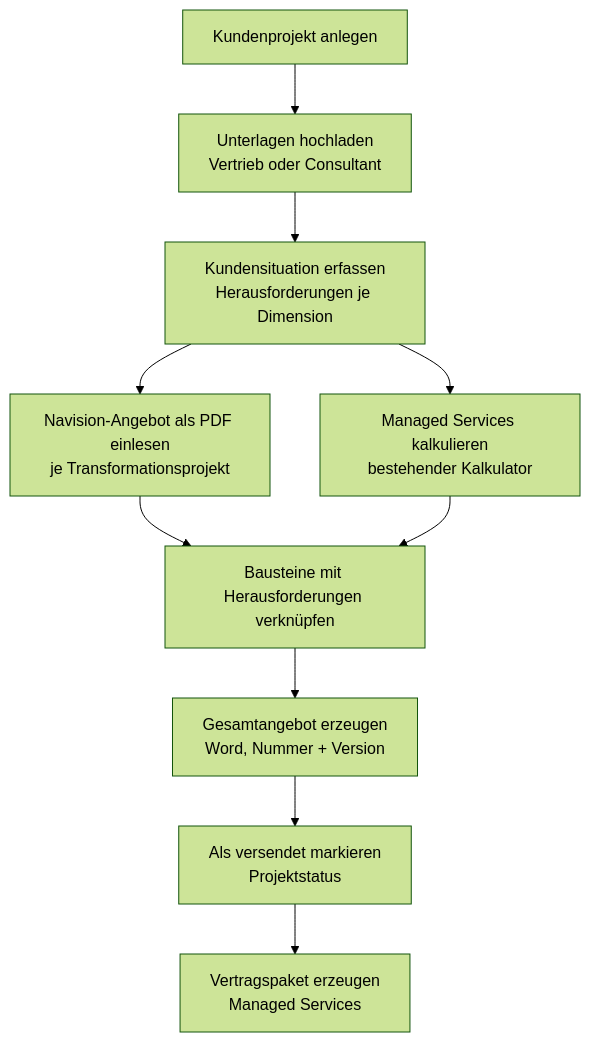
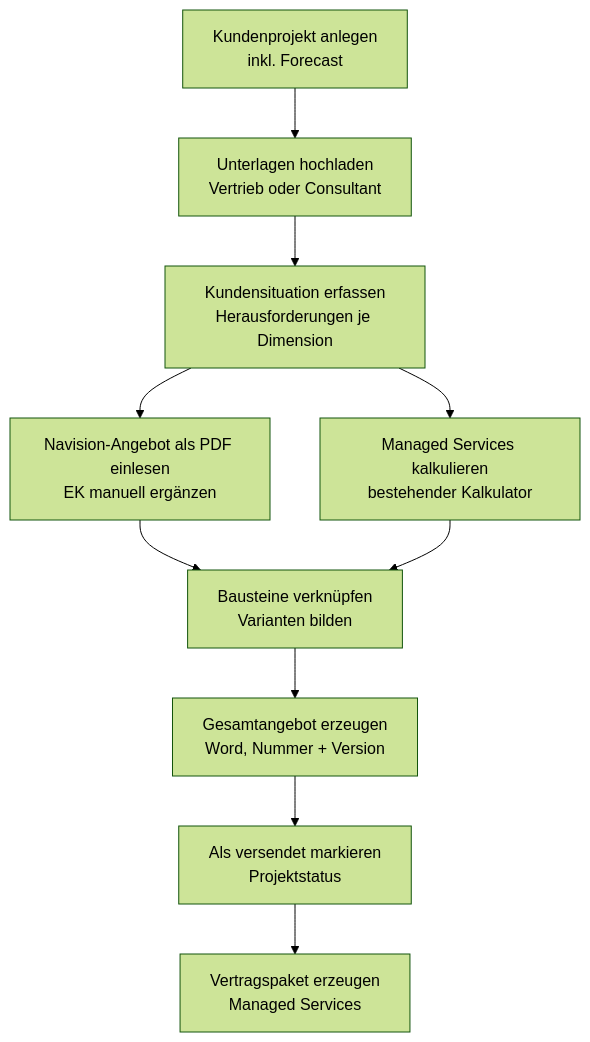
One commit to darntjen/kalkulator_web changed the third of 3 diagrams in docs/10_gesamtkonzept.md. Above: the diagram before and after it, drawn with Mermaid (forest theme). The commit also changed other lines of this file, not shown here.

First line of the commit message:
Gesamtkonzept v2: Antworten und Navision-PDF-Befund einarbeiten

````diff
--- a/docs/10_gesamtkonzept.md
+++ b/docs/10_gesamtkonzept.md
@@ -91,12 +105,12 @@
 ```mermaid
 flowchart TD
-    S1[Kundenprojekt anlegen] --> S2[Unterlagen hochladen<br/>Vertrieb oder Consultant]
+    S1[Kundenprojekt anlegen<br/>inkl. Forecast] --> S2[Unterlagen hochladen<br/>Vertrieb oder Consultant]
     S2 --> S3[Kundensituation erfassen<br/>Herausforderungen je Dimension]
-    S3 --> S4[Navision-Angebot als PDF einlesen<br/>je Transformationsprojekt]
+    S3 --> S4[Navision-Angebot als PDF einlesen<br/>EK manuell ergänzen]
     S3 --> S5[Managed Services kalkulieren<br/>bestehender Kalkulator]
-    S4 --> S6[Bausteine mit Herausforderungen verknüpfen]
+    S4 --> S6[Bausteine verknüpfen<br/>Varianten bilden]
     S5 --> S6
     S6 --> S7[Gesamtangebot erzeugen<br/>Word, Nummer + Version]
     S7 --> S8[Als versendet markieren<br/>Projektstatus]
     S8 --> S9[Vertragspaket erzeugen<br/>Managed Services]
 ```
````
